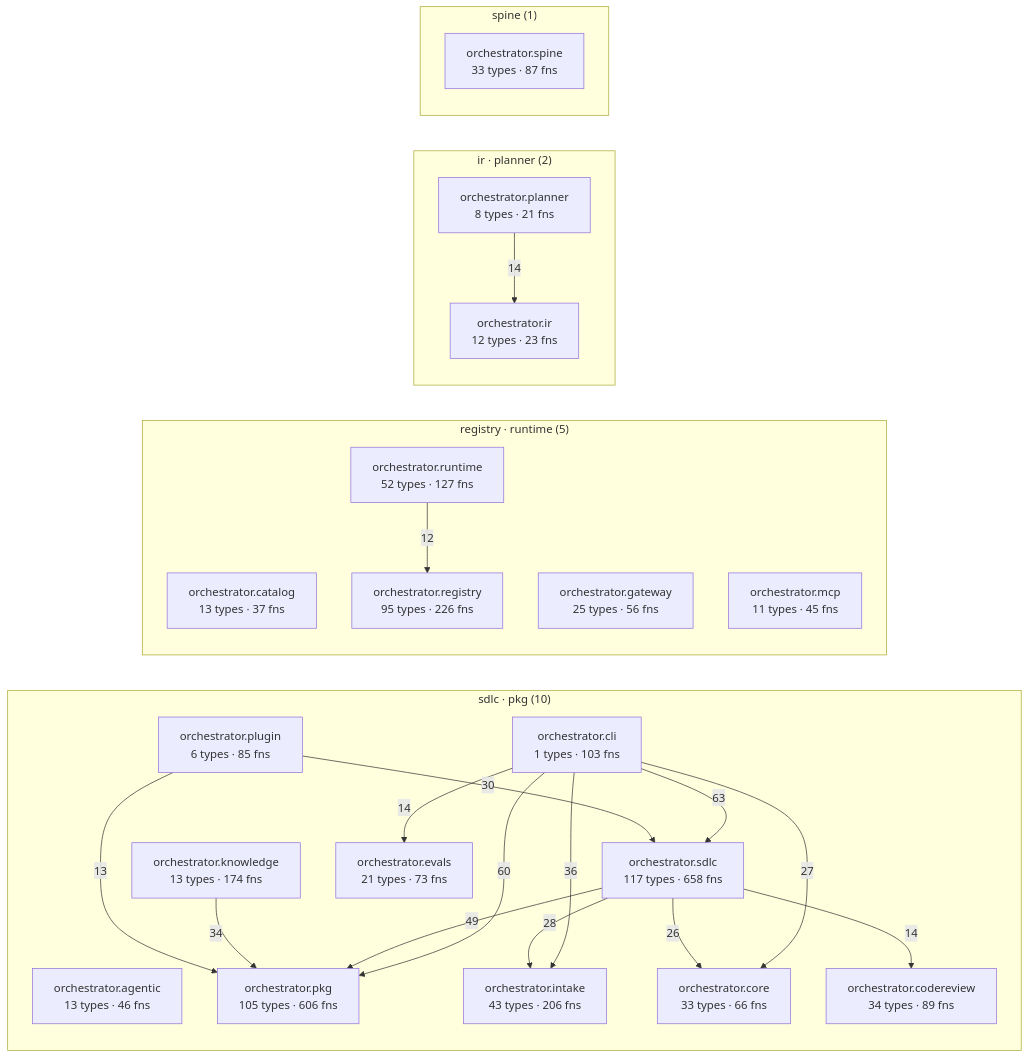
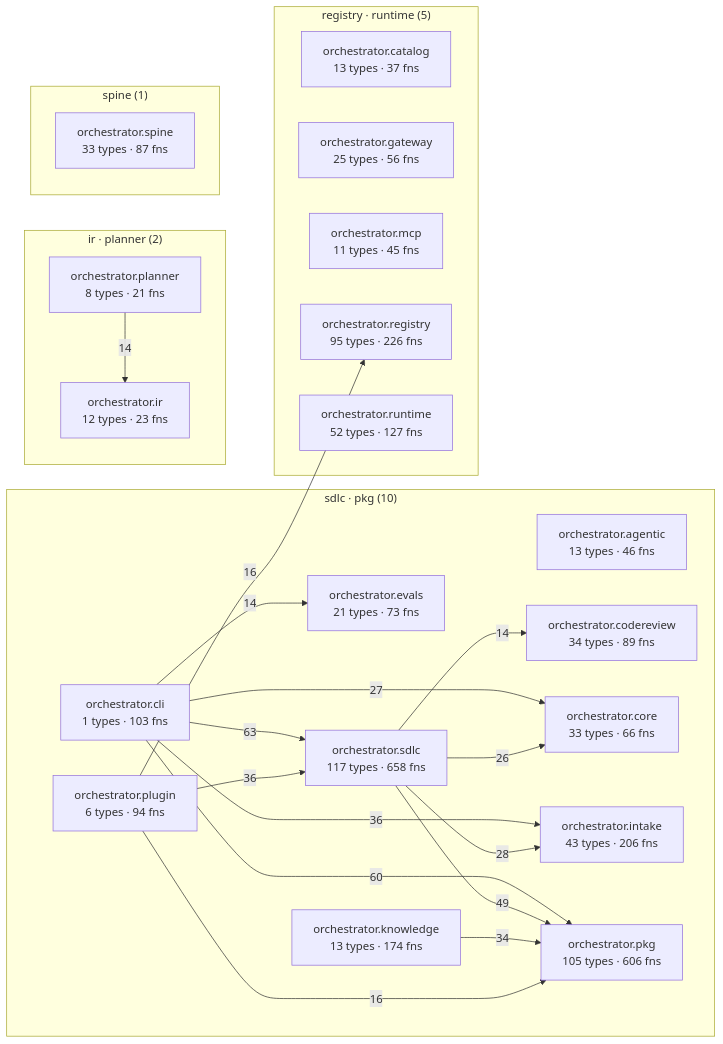
Before and after one commit to synaptixs/spine: the diagram in episteme/architecture.md, drawn with Mermaid. The commit also changed other lines of this file and 19 other files, not shown here.

````diff
--- a/episteme/architecture.md
+++ b/episteme/architecture.md
@@ -54,43 +54,43 @@
 ```mermaid
 flowchart LR
   subgraph c_2["sdlc · pkg (10)"]
     aorchestratoragentic["orchestrator.agentic<br/>13 types · 46 fns"]
     aorchestratorcli["orchestrator.cli<br/>1 types · 103 fns"]
     aorchestratorcodereview["orchestrator.codereview<br/>34 types · 89 fns"]
     aorchestratorcore["orchestrator.core<br/>33 types · 66 fns"]
     aorchestratorevals["orchestrator.evals<br/>21 types · 73 fns"]
     aorchestratorintake["orchestrator.intake<br/>43 types · 206 fns"]
     aorchestratorknowledge["orchestrator.knowledge<br/>13 types · 174 fns"]
     aorchestratorpkg["orchestrator.pkg<br/>105 types · 606 fns"]
-    aorchestratorplugin["orchestrator.plugin<br/>6 types · 85 fns"]
+    aorchestratorplugin["orchestrator.plugin<br/>6 types · 94 fns"]
     aorchestratorsdlc["orchestrator.sdlc<br/>117 types · 658 fns"]
   end
   subgraph c_4["registry · runtime (5)"]
     aorchestratorcatalog["orchestrator.catalog<br/>13 types · 37 fns"]
     aorchestratorgateway["orchestrator.gateway<br/>25 types · 56 fns"]
     aorchestratormcp["orchestrator.mcp<br/>11 types · 45 fns"]
     aorchestratorregistry["orchestrator.registry<br/>95 types · 226 fns"]
     aorchestratorruntime["orchestrator.runtime<br/>52 types · 127 fns"]
   end
-  subgraph c_6["ir · planner (2)"]
+  subgraph c_7["ir · planner (2)"]
     aorchestratorir["orchestrator.ir<br/>12 types · 23 fns"]
     aorchestratorplanner["orchestrator.planner<br/>8 types · 21 fns"]
   end
-  subgraph c_9["spine (1)"]
+  subgraph c_12["spine (1)"]
     aorchestratorspine["orchestrator.spine<br/>33 types · 87 fns"]
   end
   aorchestratorcli -->|63| aorchestratorsdlc
   aorchestratorcli -->|60| aorchestratorpkg
   aorchestratorsdlc -->|49| aorchestratorpkg
   aorchestratorcli -->|36| aorchestratorintake
+  aorchestratorplugin -->|36| aorchestratorsdlc
   aorchestratorknowledge -->|34| aorchestratorpkg
-  aorchestratorplugin -->|30| aorchestratorsdlc
   aorchestratorsdlc -->|28| aorchestratorintake
   aorchestratorcli -->|27| aorchestratorcore
   aorchestratorsdlc -->|26| aorchestratorcore
+  aorchestratorplugin -->|16| aorchestratorregistry
+  aorchestratorplugin -->|16| aorchestratorpkg
   aorchestratorcli -->|14| aorchestratorevals
   aorchestratorplanner -->|14| aorchestratorir
   aorchestratorsdlc -->|14| aorchestratorcodereview
-  aorchestratorplugin -->|13| aorchestratorpkg
-  aorchestratorruntime -->|12| aorchestratorregistry
 ```
````
